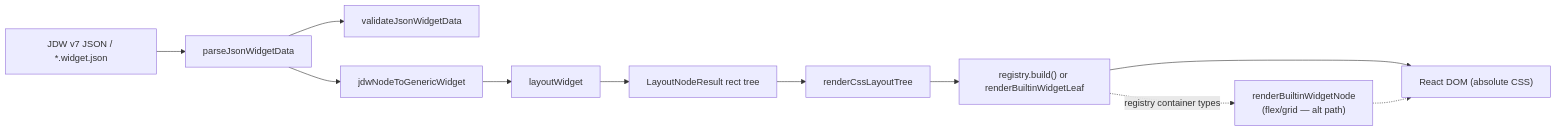
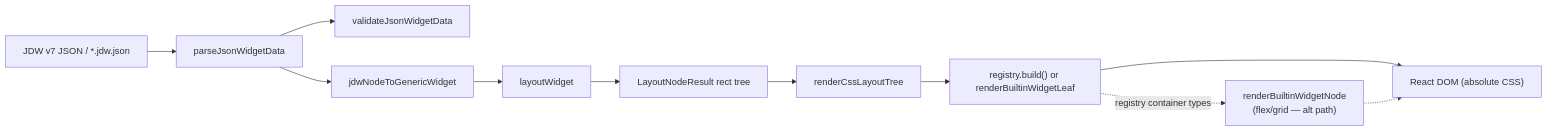
One commit to NewChoBo/workbench-kit changed the second of 3 diagrams in docs/workbench/structural-review.md. Above: the diagram before and after it, drawn with Mermaid. The commit also changed 24 other files, not shown here.

Commit message:
feat(jdw): standardize widget and schema file types

````diff
--- a/docs/workbench/structural-review.md
+++ b/docs/workbench/structural-review.md
@@ -141,24 +141,24 @@
 ```mermaid
 flowchart LR
-  JSON["JDW v7 JSON / *.widget.json"]
+  JSON["JDW v7 JSON / *.jdw.json"]
   PARSE["parseJsonWidgetData"]
   VALID["validateJsonWidgetData"]
   CONVERT["jdwNodeToGenericWidget"]
   LAYOUT["layoutWidget"]
   TREE["LayoutNodeResult rect tree"]
   CSS["renderCssLayoutTree"]
   LEAF["registry.build() or renderBuiltinWidgetLeaf"]
   ALT["renderBuiltinWidgetNode<br/>(flex/grid — alt path)"]
   DOM["React DOM (absolute CSS)"]
 
   JSON --> PARSE
   PARSE --> VALID
   PARSE --> CONVERT
   CONVERT --> LAYOUT
   LAYOUT --> TREE
   TREE --> CSS
   CSS --> LEAF
   LEAF -.->|registry container types| ALT
   LEAF --> DOM
   ALT -.-> DOM
 ```
````
